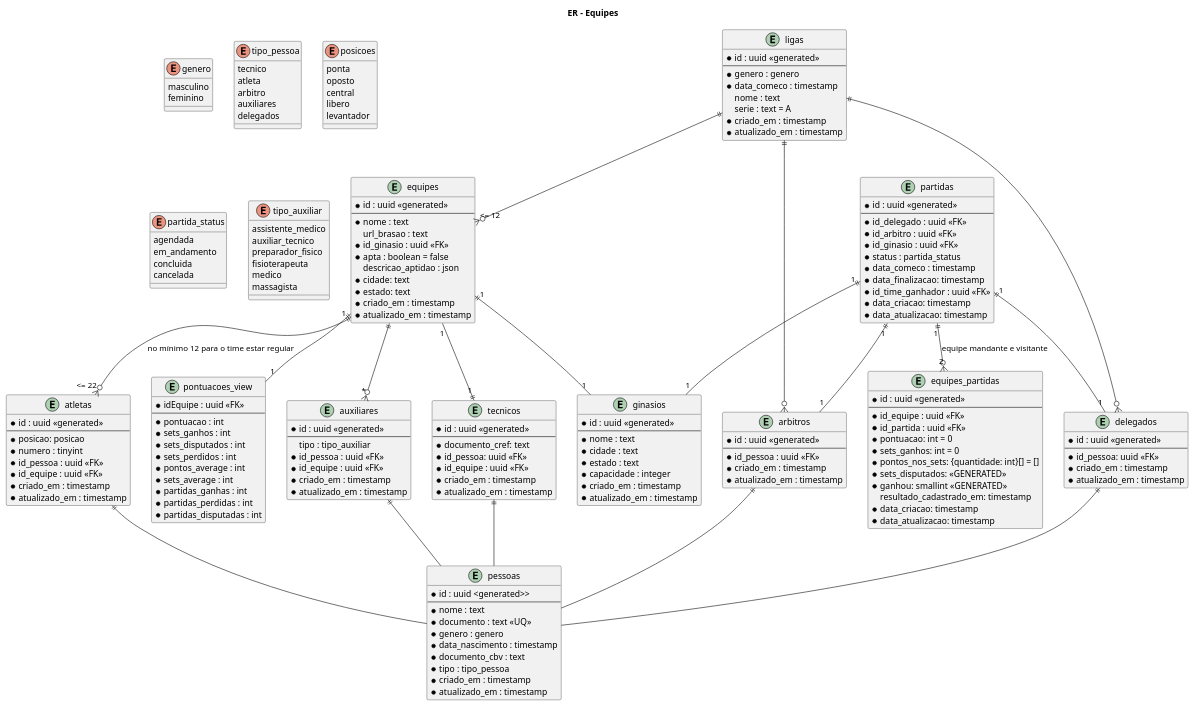
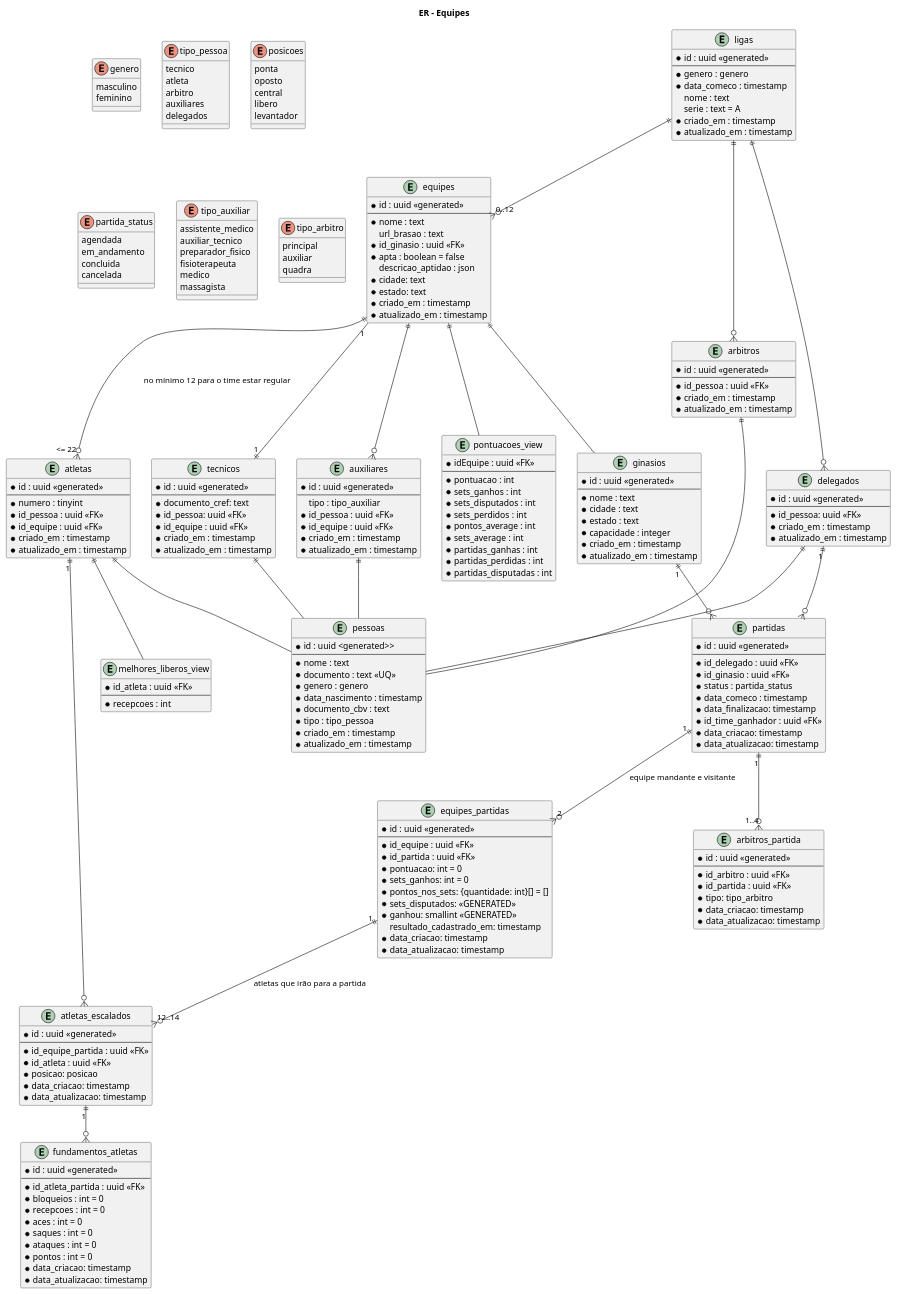
One commit to josecleiton/volleyball-api changed the diagram in documentation/volei.puml. Above: the diagram before and after it, drawn with PlantUML. The commit also changed 4 other files, not shown here.

Commit message:
docs: atualiza er

```diff
--- a/documentation/volei.puml
+++ b/documentation/volei.puml
@@ -83,7 +83,6 @@
 entity atletas{
 	* id : uuid <<generated>>
 	--
-	* posicao: posicao
 	* numero : tinyint
 	* id_pessoa : uuid <<FK>>
 	* id_equipe : uuid <<FK>>
@@ -140,7 +139,6 @@
 	* id : uuid <<generated>>
 	--
 	* id_delegado : uuid <<FK>>
-	* id_arbitro : uuid <<FK>>
 	* id_ginasio : uuid <<FK>>
 	* status : partida_status
 	* data_comeco : timestamp
@@ -165,6 +163,46 @@
 	* data_atualizacao: timestamp
 }
 
+entity atletas_escalados {
+	* id : uuid <<generated>>
+	--
+	* id_equipe_partida : uuid <<FK>>
+	* id_atleta : uuid <<FK>>
+	* posicao: posicao
+	* data_criacao: timestamp
+	* data_atualizacao: timestamp
+}
+
+enum tipo_arbitro {
+	principal
+	auxiliar
+	quadra
+}
+
+entity arbitros_partida {
+	* id : uuid <<generated>>
+	--
+	* id_arbitro : uuid <<FK>>
+	* id_partida : uuid <<FK>>
+	* tipo: tipo_arbitro
+	* data_criacao: timestamp
+	* data_atualizacao: timestamp
+}
+
+entity fundamentos_atletas {
+	* id : uuid <<generated>>
+	--
+	* id_atleta_partida : uuid <<FK>>
+	* bloqueios : int = 0
+	* recepcoes : int = 0
+	* aces : int = 0
+	* saques : int = 0
+	* ataques : int = 0
+	* pontos : int = 0
+	* data_criacao: timestamp
+	* data_atualizacao: timestamp
+}
+
 entity pontuacoes_view {
 	* idEquipe : uuid <<FK>>
 	--
@@ -179,18 +217,30 @@
 	* partidas_disputadas : int
 }
 
-ligas ||--o{ "<= 12" equipes
+entity melhores_liberos_view {
+	* id_atleta : uuid <<FK>>
+	--
+	* recepcoes : int
+}
+
+ligas ||--o{ "0..12" equipes
 ligas ||--o{ arbitros
 ligas ||--o{ delegados
 equipes ||--o{ "<= 22" atletas : no mínimo 12 para o time estar regular
 equipes "1" --|| "1" tecnicos
-equipes ||--o{ "*" auxiliares
-equipes "1" ||-- "1" ginasios
-equipes "1" ||-- "1" pontuacoes_view
-partidas "1" ||-- "1" arbitros
-partidas "1" ||-- "1" delegados
-partidas "1" ||-- "1" ginasios
+equipes ||--o{ auxiliares
+equipes ||-- ginasios
+equipes ||-- pontuacoes_view
+delegados "1" ||--o{ partidas
+ginasios "1" ||--o{ partidas
 partidas "1" ||--o{ "2" equipes_partidas : equipe mandante e visitante
+partidas "1" ||--o{ "1..4" arbitros_partida 
+equipes_partidas "1" ||--o{ "12..14" atletas_escalados : atletas que irão para a partida
+atletas "1" ||--o{ atletas_escalados
+atletas_escalados "1" ||--o{ fundamentos_atletas
+
+atletas ||-- melhores_liberos_view
+
 
 atletas ||-- pessoas
 tecnicos ||-- pessoas
```
